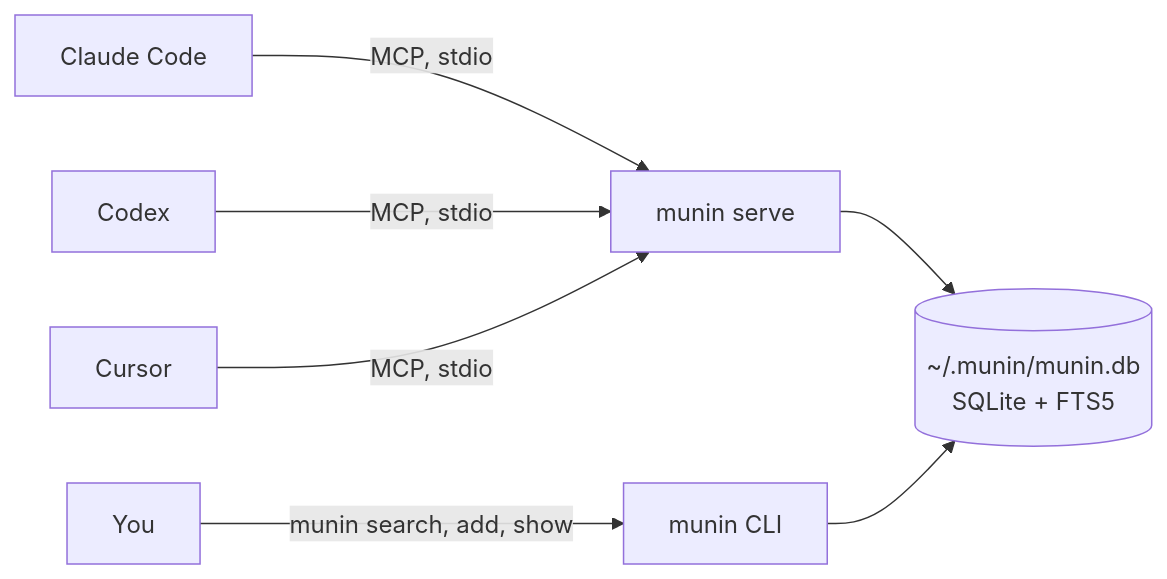
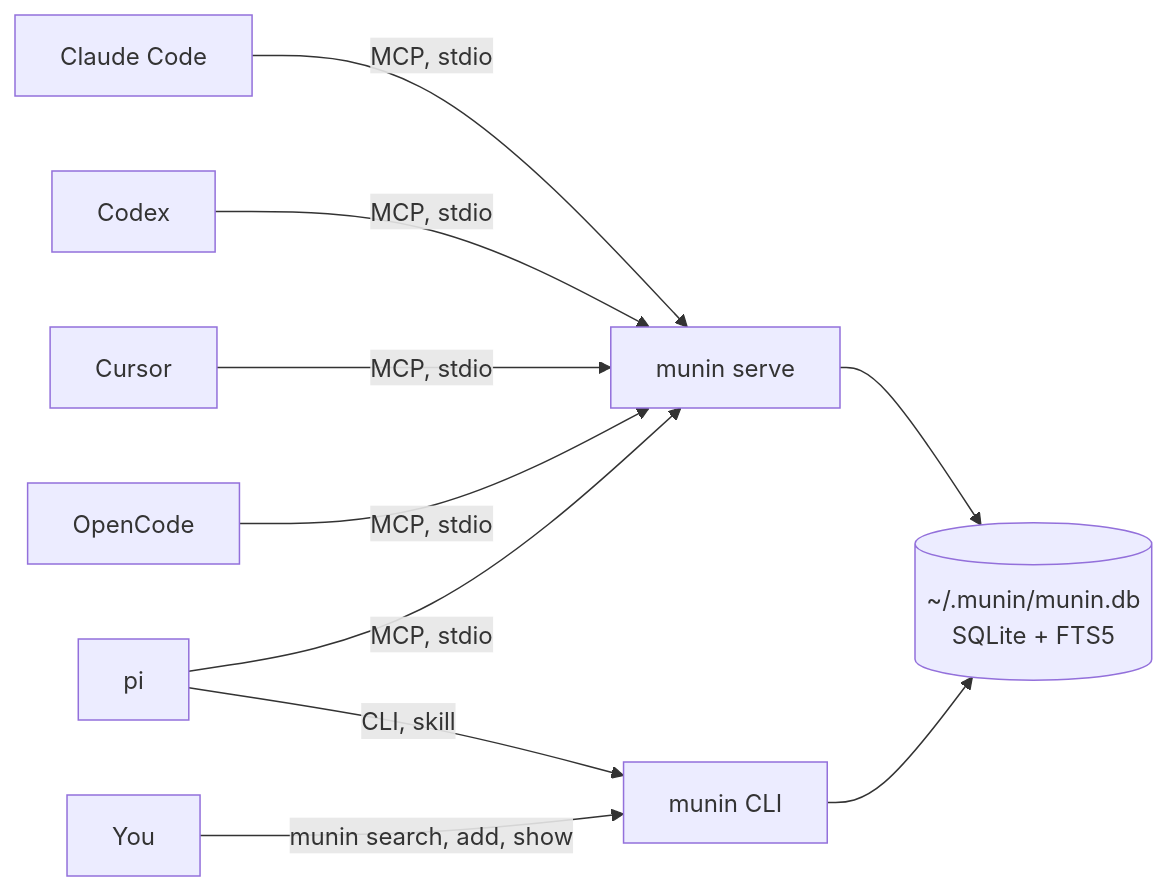
Before and after one commit to alnovis/munin: the first of 2 diagrams in README.md, drawn with Mermaid. The commit also changed other lines of this file and 4 other files, not shown here.

Commit message:
docs: CONNECTING.md -- setup for Claude Code, Codex, Cursor, OpenCode and pi

````diff
--- a/README.md
+++ b/README.md
@@ -38,9 +38,12 @@
 ```mermaid
 flowchart LR
     cc["Claude Code"] -->|"MCP, stdio"| serve["munin serve"]
     codex["Codex"] -->|"MCP, stdio"| serve
     cursor["Cursor"] -->|"MCP, stdio"| serve
-    you["You"] -->|"munin search, add, show"| cli["munin CLI"]
+    opencode["OpenCode"] -->|"MCP, stdio"| serve
+    pi["pi"] -->|"MCP, stdio"| serve
+    pi -->|"CLI, skill"| cli["munin CLI"]
+    you["You"] -->|"munin search, add, show"| cli
     serve --> db[("~/.munin/munin.db<br/>SQLite + FTS5")]
     cli --> db
 ```
````
